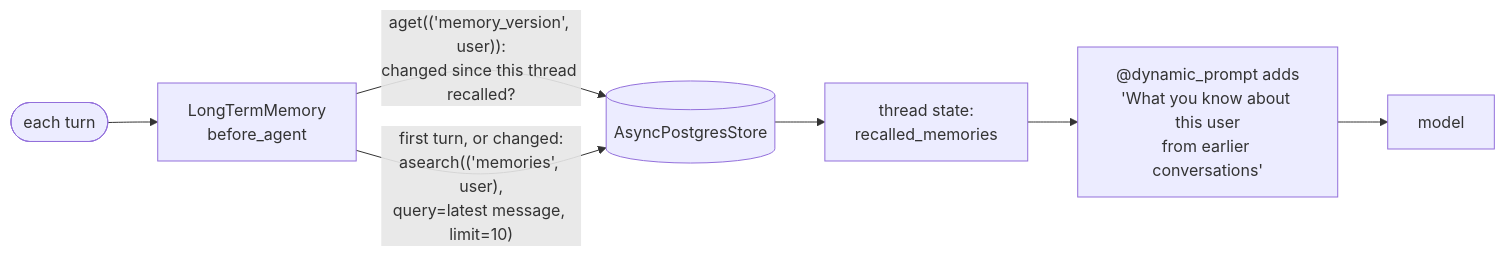
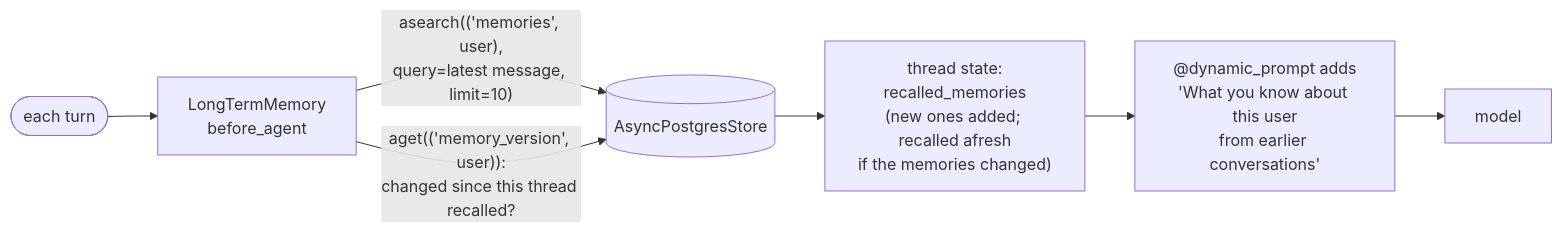
The second of 2 diagrams in docs/phase-6-long-term-memory.md (Anirudh1905/agentic-ai-chatbot), drawn with Mermaid before and after one commit. The commit also changed other lines of this file and 13 other files, not shown here.

First line of the commit message:
Memory: recall every turn, fix the push loop, cleaner extraction

````diff
--- a/docs/phase-6-long-term-memory.md
+++ b/docs/phase-6-long-term-memory.md
@@ -86,9 +86,9 @@
 ```mermaid
 flowchart LR
     Turn([each turn]) --> LTM["LongTermMemory<br/>before_agent"]
-    LTM -->|"aget(('memory_version', user)):<br/>changed since this thread recalled?"| St[(AsyncPostgresStore)]
-    LTM -->|"first turn, or changed:<br/>asearch(('memories', user),<br/>query=latest message, limit=10)"| St
-    St --> State["thread state:<br/>recalled_memories"]
+    LTM -->|"asearch(('memories', user),<br/>query=latest message, limit=10)"| St[(AsyncPostgresStore)]
+    LTM -->|"aget(('memory_version', user)):<br/>changed since this thread recalled?"| St
+    St --> State["thread state:<br/>recalled_memories<br/>(new ones added; recalled afresh<br/>if the memories changed)"]
     State --> Prompt["@dynamic_prompt adds<br/>'What you know about this user<br/>from earlier conversations'"]
     Prompt --> Model[model]
 ```
````
